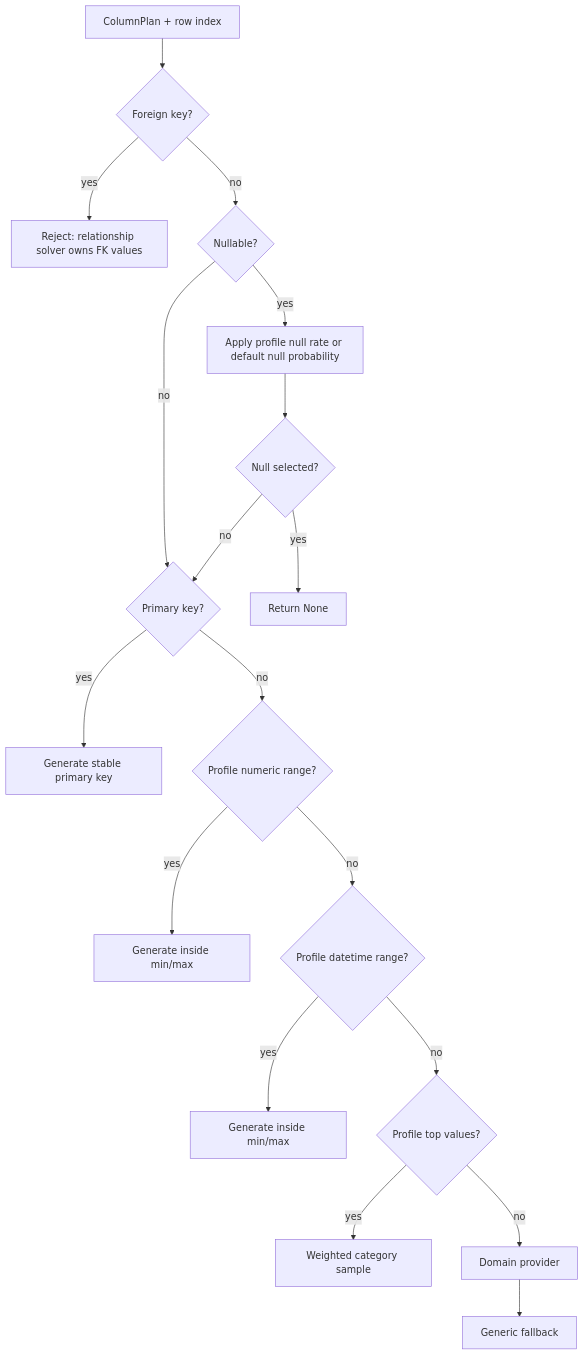
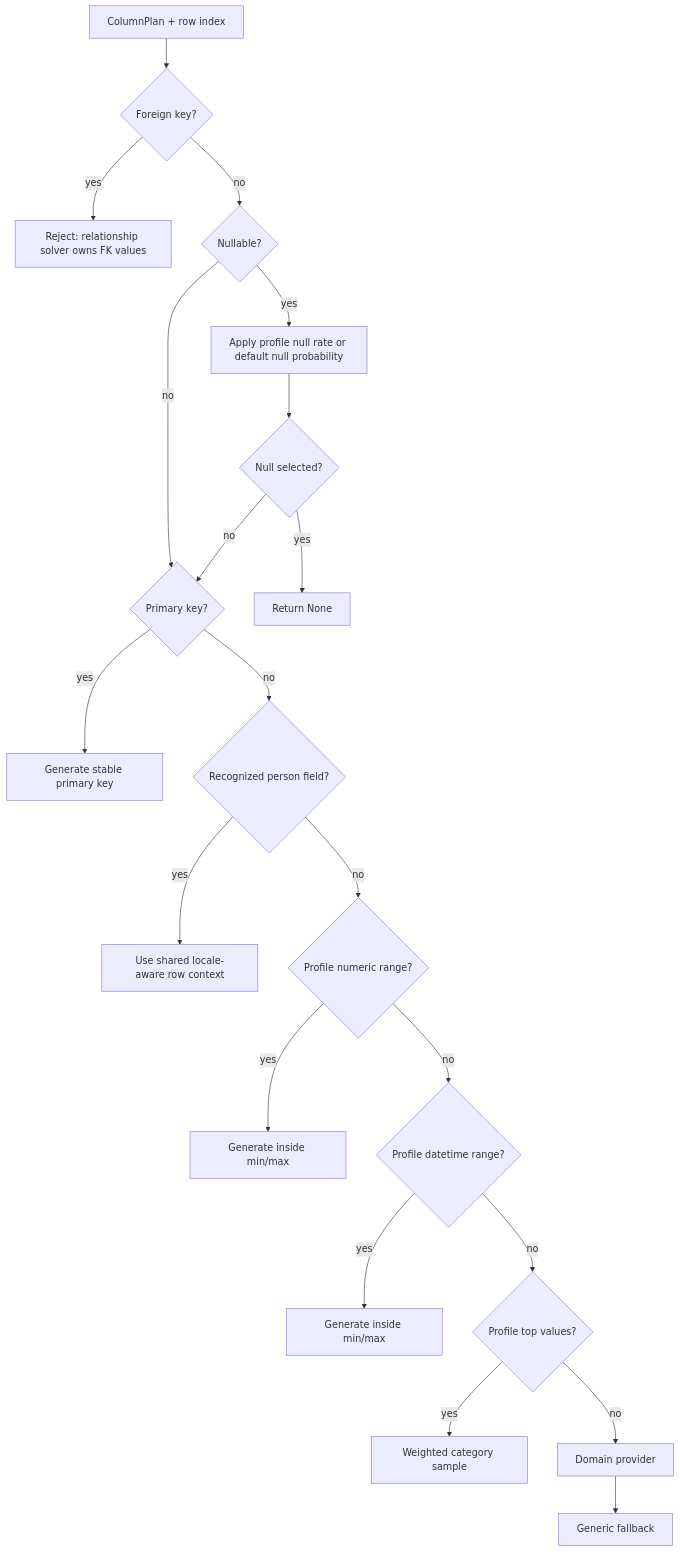
One commit to smitzo/DataBoom changed the sixth of 11 diagrams in docs/engineering/low-level-design.md. Above: the diagram before and after it, drawn with Mermaid. The commit also changed other lines of this file and 13 other files, not shown here.

````diff
--- a/docs/engineering/low-level-design.md
+++ b/docs/engineering/low-level-design.md
@@ -188,20 +192,22 @@
 ```mermaid
 flowchart TD
     Start[ColumnPlan + row index] --> FK{Foreign key?}
     FK -->|yes| Error[Reject: relationship solver owns FK values]
     FK -->|no| Nullable{Nullable?}
     Nullable -->|yes| NullRoll[Apply profile null rate or default null probability]
     Nullable -->|no| PK{Primary key?}
     NullRoll --> NullHit{Null selected?}
     NullHit -->|yes| NoneValue[Return None]
     NullHit -->|no| PK
     PK -->|yes| Primary[Generate stable primary key]
-    PK -->|no| Numeric{Profile numeric range?}
+    PK -->|no| Context{Recognized person field?}
+    Context -->|yes| Correlated[Use shared locale-aware row context]
+    Context -->|no| Numeric{Profile numeric range?}
     Numeric -->|yes| ProfileNumber[Generate inside min/max]
     Numeric -->|no| Datetime{Profile datetime range?}
     Datetime -->|yes| ProfileDatetime[Generate inside min/max]
     Datetime -->|no| TopValues{Profile top values?}
     TopValues -->|yes| ProfileCategory[Weighted category sample]
     TopValues -->|no| Domain[Domain provider]
     Domain --> Generic[Generic fallback]
 ```
````
